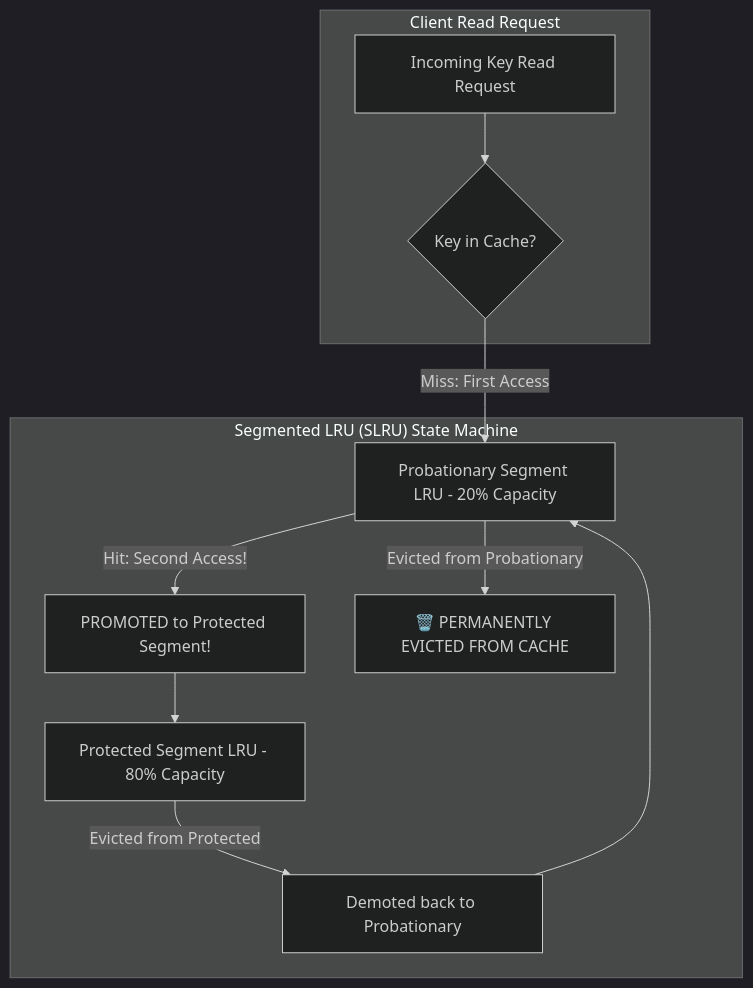
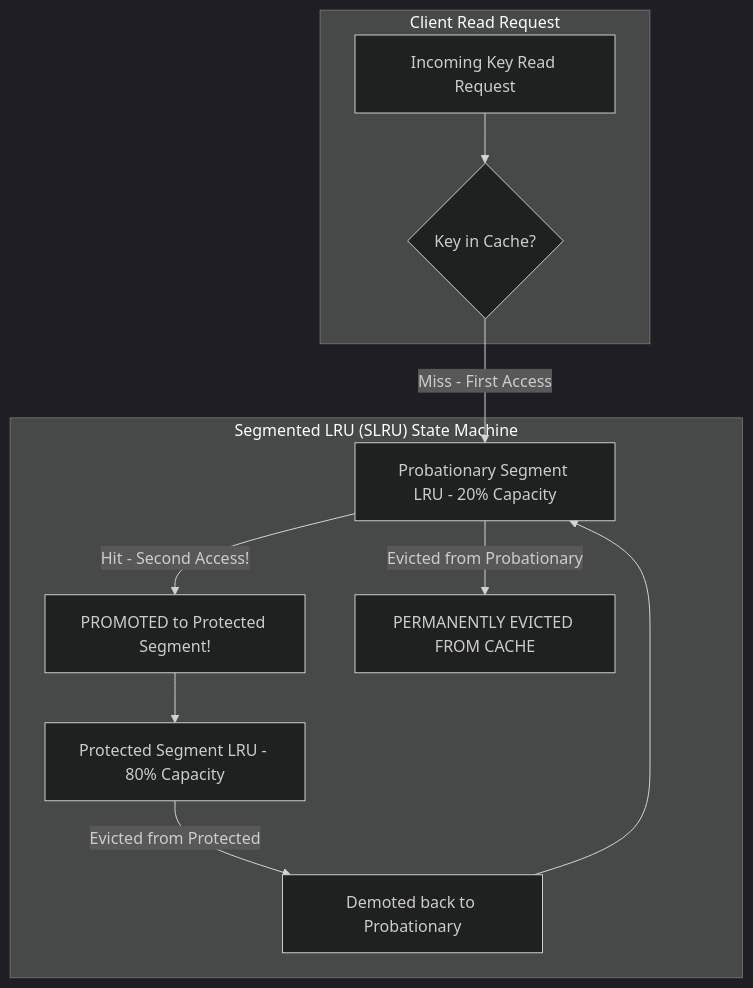
Before and after one commit to akmalkhaniub/akmalkhaniub.github.io: the diagram in blog/posts/cache-eviction-algorithms-lru-k-2q-segmented-lru.md, drawn with Mermaid (dark theme). The commit also changed 411 other files, not shown here.

````diff
--- a/blog/posts/cache-eviction-algorithms-lru-k-2q-segmented-lru.md
+++ b/blog/posts/cache-eviction-algorithms-lru-k-2q-segmented-lru.md
@@ -21,18 +21,18 @@
 ```mermaid
-graph TD
+flowchart TD
   subgraph SG1_ClientReadRequest ["Client Read Request"]
     Req[Incoming Key Read Request] --> Check{Key in Cache?}
   end
   
   subgraph SG2_SegmentedLruSlru ["Segmented LRU (SLRU) State Machine"]
-    Check -->|Miss: First Access| Prob[Probationary Segment LRU - 20% Capacity]
+    Check -->|Miss - First Access| Prob[Probationary Segment LRU - 20% Capacity]
     
-    Prob -->|Hit: Second Access!| Promoted[PROMOTED to Protected Segment!]
+    Prob -->|Hit - Second Access!| Promoted[PROMOTED to Protected Segment!]
     Promoted --> Prot[Protected Segment LRU - 80% Capacity]
     
     Prot -->|Evicted from Protected| Demoted[Demoted back to Probationary]
     Demoted --> Prob
     
-    Prob -->|Evicted from Probationary| Evict[🗑️ PERMANENTLY EVICTED FROM CACHE]
+    Prob -->|Evicted from Probationary| Evict[ PERMANENTLY EVICTED FROM CACHE]
   end
 ```
````
